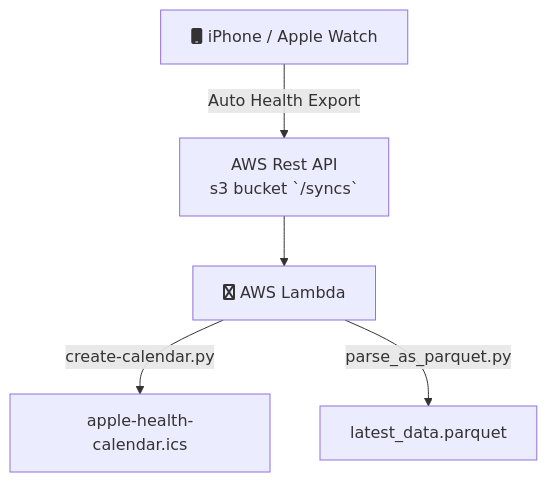
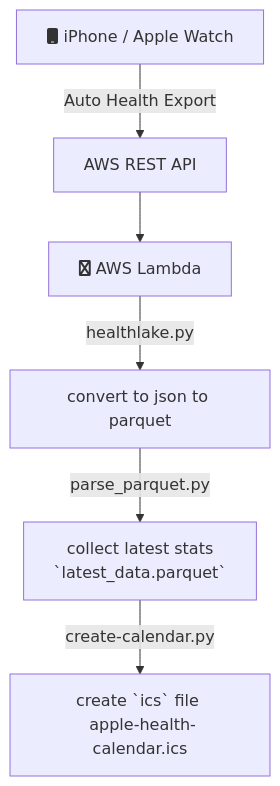
The diagram in README.md (namtonthat/apple-health-data), drawn with Mermaid before and after one commit. The commit also changed other lines of this file, not shown here.

````diff
--- a/README.md
+++ b/README.md
@@ -4,7 +4,8 @@
 ```mermaid
 graph TD
     A[fa:fa-mobile iPhone / Apple Watch] -->|Auto Health Export|B
-    B[AWS Rest API <br> s3 bucket `/syncs`] --> C[fa:fa-aws AWS Lambda]
-    C -->|create-calendar.py| D[apple-health-calendar.ics]
-    C -->|parse_as_parquet.py| E[latest_data.parquet]
+    B[AWS REST API] --> C[fa:fa-aws AWS Lambda]
+    C -->|healthlake.py| D[convert to json to parquet]
+    D -->|parse_parquet.py| E[collect latest stats <br> `latest_data.parquet`]
+    E -->|create-calendar.py| F[create `ics` file <br> apple-health-calendar.ics]
 ```
````
